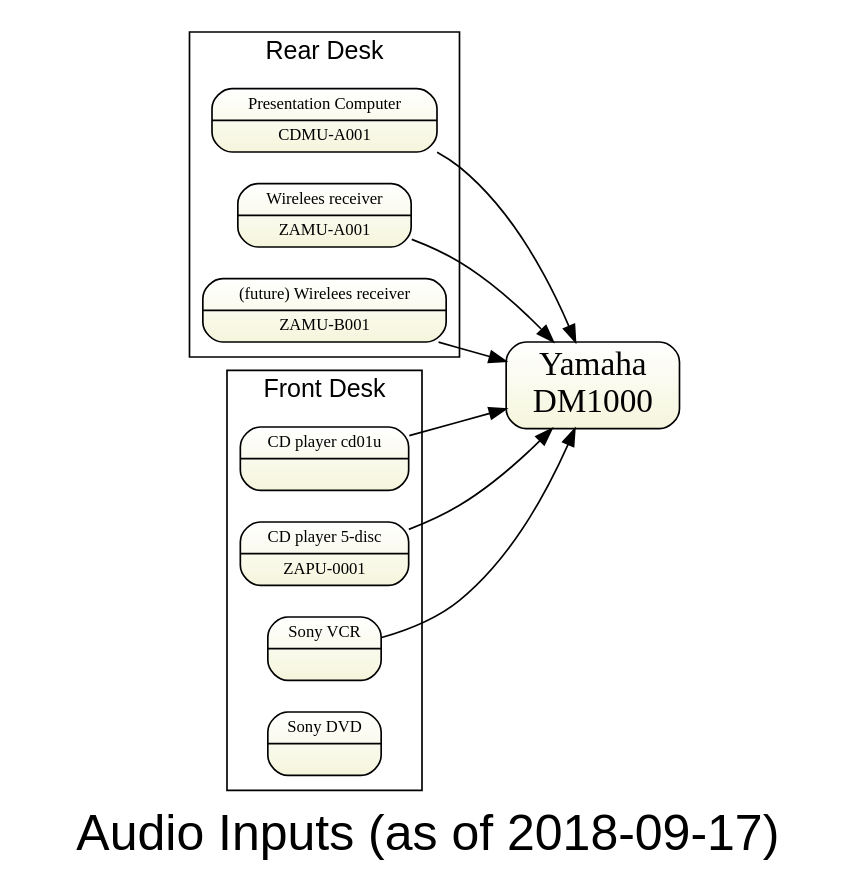
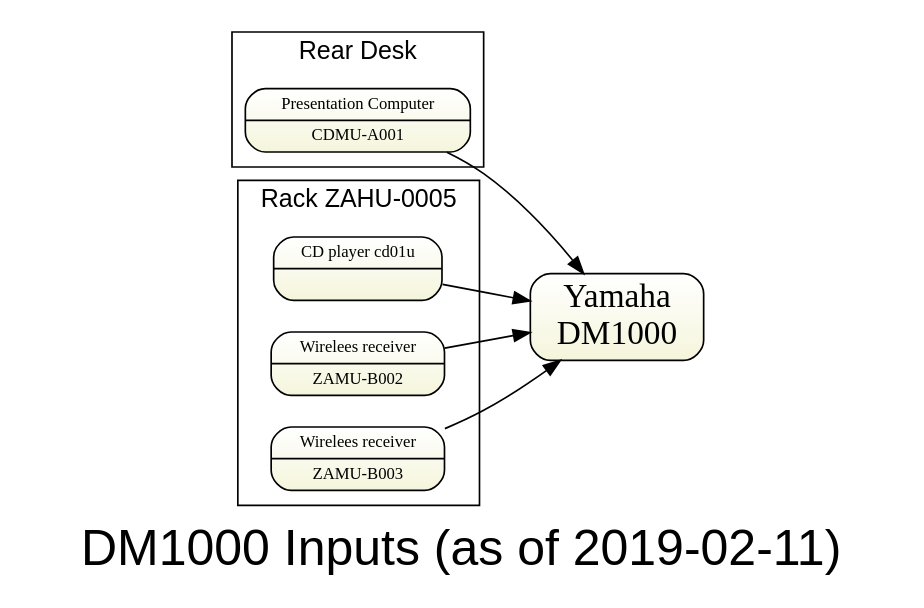
The diagram in sda-inputs-dm.gv (avmaint/uactechdoc), drawn with Graphviz before and after one commit. The commit also changed 3 other files, not shown here.

```diff
--- a/sda-inputs-dm.gv
+++ b/sda-inputs-dm.gv
@@ -1,39 +1,29 @@
 digraph topology1 { 
 graph [overlap = true, fontsize = 30, rankdir=LR 
-      label="Audio Inputs (as of 2018-09-17)",
+      label="DM1000 Inputs (as of 2019-02-11)",
       fontname = Helvetica]
 
 node [shape=Mrecord, tooltip="" , fontsize = 10,
       fillcolor="white:beige" , style=filled  
       gradientangle=270]
       
 dm1k [label="Yamaha\nDM1000" fontsize=20 ]
 
 cdmua001 [label="Presentation Computer|CDMU-A001"]
-zamua001 [label="Wirelees receiver|ZAMU-A001"]
+
 cd01u    [label="CD player cd01u| "]
-cd5      [label="CD player 5-disc|ZAPU-0001"]
-vcr      [label="Sony VCR| "]
-dvd      [label="Sony DVD| "]
-
-zamub001 [label="(future) Wirelees receiver|ZAMU-B001"] 
-
-{zamua001 zamub001 cdmua001} -> dm1k
+ 
+{zamub002 zamub003 cdmua001} -> dm1k
 cd01u -> dm1k
-cd5 -> dm1k
-vcr -> dm1k
-
+  
 subgraph cluster_rear { label="Rear Desk" fontsize=15
   cdmua001
-  zamua001
-  zamub001
 }
 
-subgraph cluster_front { label="Front Desk" fontsize=15
- cd01u
- cd5
- dvd
- vcr
+subgraph cluster_front { label="Rack ZAHU-0005" fontsize=15
+ cd01u    [label="CD player cd01u| "]
+ zamub002 [label="Wirelees receiver|ZAMU-B002"]
+zamub003 [label="Wirelees receiver|ZAMU-B003"]
 }
 
 } 
```
